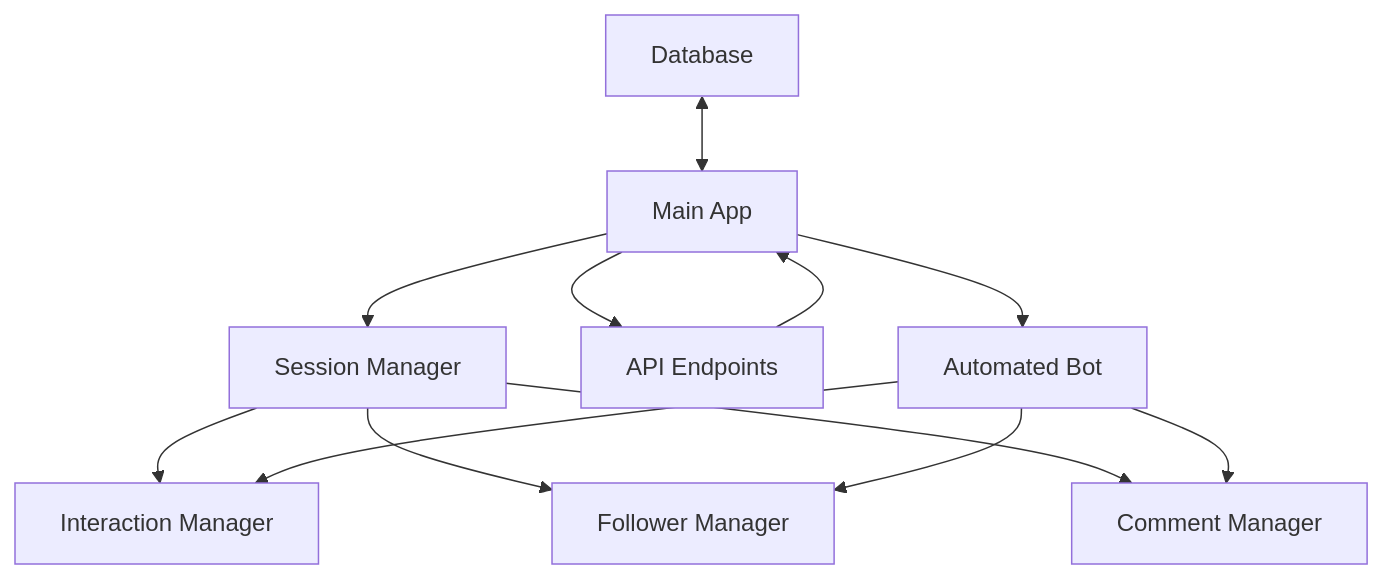
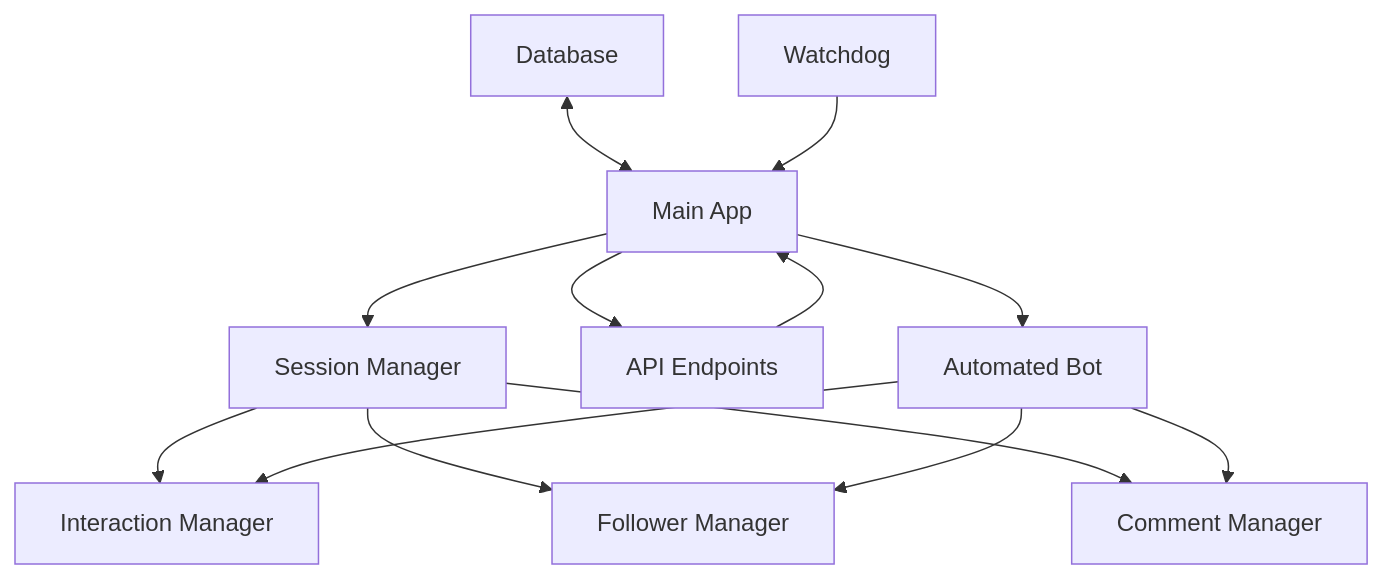
The first of 3 diagrams in README.md (ArashZich/insta-bot), drawn with Mermaid before and after one commit. The commit also changed other lines of this file, not shown here.

````diff
--- a/README.md
+++ b/README.md
@@ -18,14 +22,15 @@
 ```mermaid
 flowchart TD
     A[Main App] --> B[Session Manager]
     A --> C[API Endpoints]
     B --> D[Interaction Manager]
     B --> E[Follower Manager]
     B --> F[Comment Manager]
     A --> G[Automated Bot]
     G --> D
     G --> E
     G --> F
     C --> A
     H[Database] <--> A
+    I[Watchdog] --> A
 ```
````
